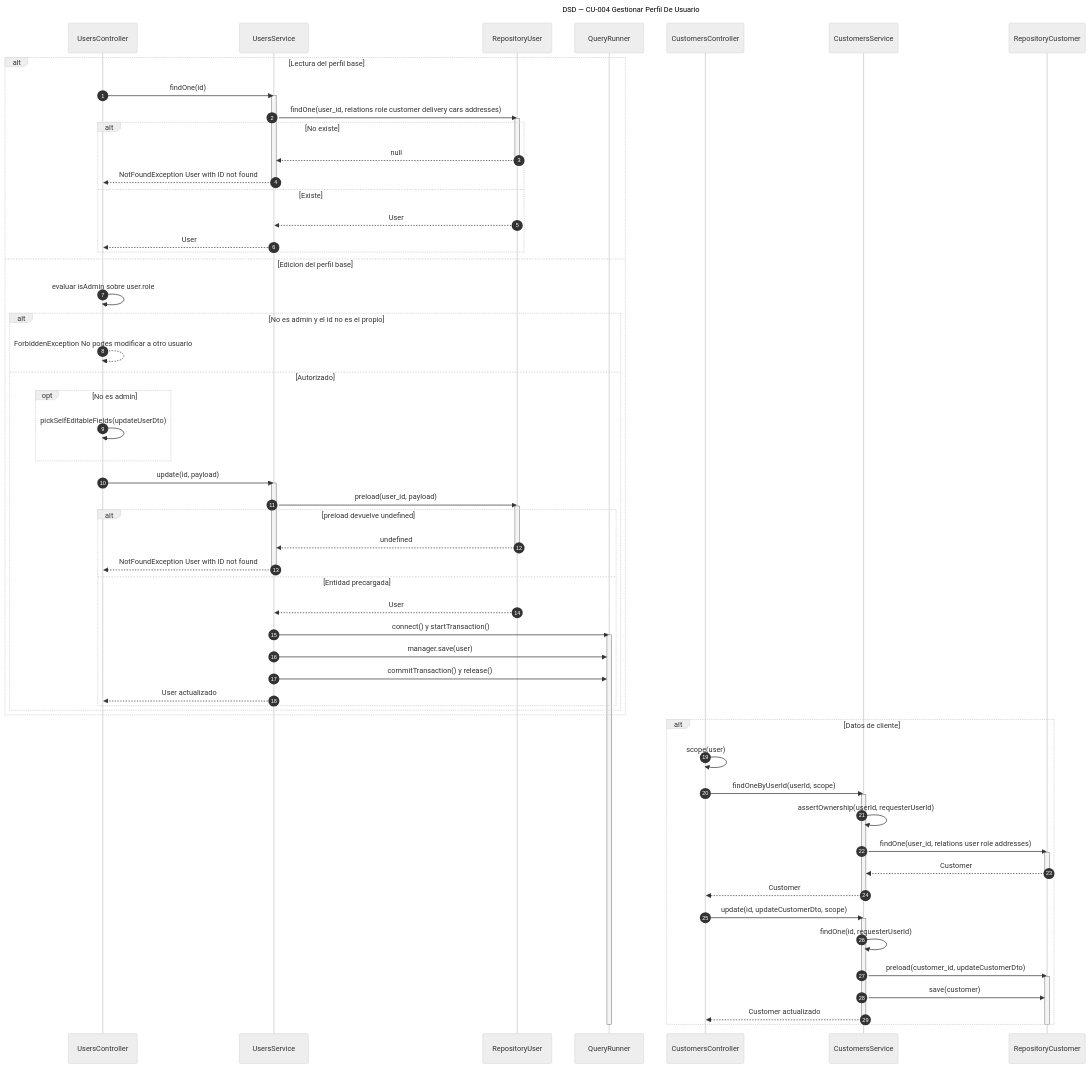
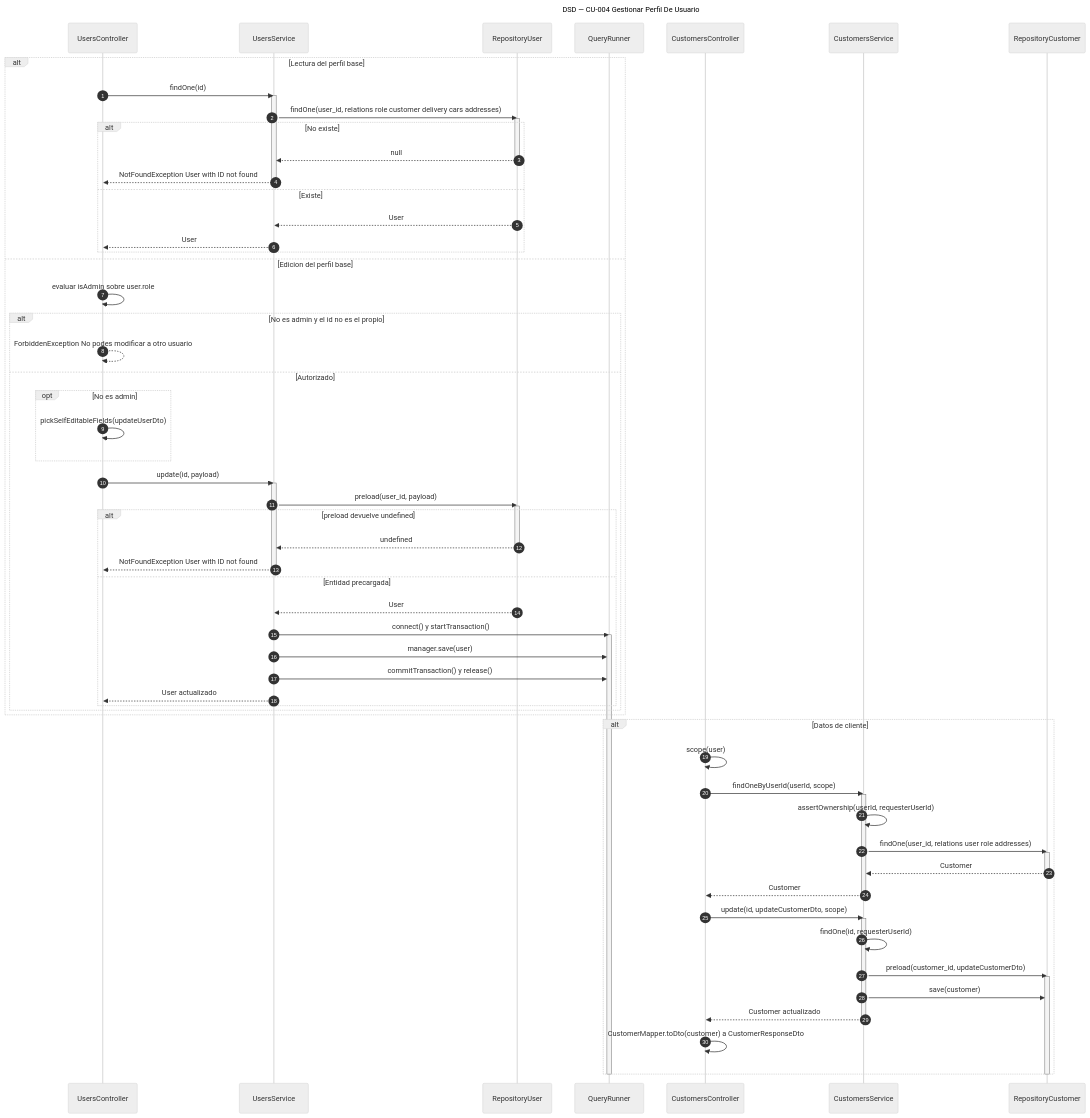
Before and after one commit to Nahuelito-Dev/splg-docs: the diagram in diagramas/DSD_CU-004_Gestionar-Perfil-De-Usuario.mmd, drawn with Mermaid (neutral theme). The commit also changed 6 other files, not shown here.

Commit message:
docs(dsd): clientes con CustomerResponseDto; hallazgos H-52 a H-55

```diff
--- a/diagramas/DSD_CU-004_Gestionar-Perfil-De-Usuario.mmd
+++ b/diagramas/DSD_CU-004_Gestionar-Perfil-De-Usuario.mmd
@@ -1,75 +1,76 @@
 sequenceDiagram
     title DSD — CU-004 Gestionar Perfil De Usuario
     autonumber
     participant UCTRL as UsersController
     participant USRV as UsersService
     participant UREP as RepositoryUser
     participant QR as QueryRunner
     participant CCTRL as CustomersController
     participant CSRV as CustomersService
     participant CREP as RepositoryCustomer
 
     alt Lectura del perfil base
         UCTRL->>USRV: findOne(id)
         activate USRV
         USRV->>UREP: findOne(user_id, relations role customer delivery cars addresses)
         activate UREP
         alt No existe
             UREP-->>USRV: null
             deactivate UREP
             USRV-->>UCTRL: NotFoundException User with ID not found
             deactivate USRV
         else Existe
             UREP-->>USRV: User
             USRV-->>UCTRL: User
         end
     else Edicion del perfil base
         UCTRL->>UCTRL: evaluar isAdmin sobre user.role
         alt No es admin y el id no es el propio
             UCTRL-->>UCTRL: ForbiddenException No podes modificar a otro usuario
         else Autorizado
             opt No es admin
                 UCTRL->>UCTRL: pickSelfEditableFields(updateUserDto)
             end
             UCTRL->>USRV: update(id, payload)
             activate USRV
             USRV->>UREP: preload(user_id, payload)
             activate UREP
             alt preload devuelve undefined
                 UREP-->>USRV: undefined
                 deactivate UREP
                 USRV-->>UCTRL: NotFoundException User with ID not found
                 deactivate USRV
             else Entidad precargada
                 UREP-->>USRV: User
                 USRV->>QR: connect() y startTransaction()
                 activate QR
                 USRV->>QR: manager.save(user)
                 USRV->>QR: commitTransaction() y release()
                 USRV-->>UCTRL: User actualizado
             end
         end
     end
 
     alt Datos de cliente
         CCTRL->>CCTRL: scope(user)
         CCTRL->>CSRV: findOneByUserId(userId, scope)
         activate CSRV
         CSRV->>CSRV: assertOwnership(userId, requesterUserId)
         CSRV->>CREP: findOne(user_id, relations user role addresses)
         activate CREP
         CREP-->>CSRV: Customer
         deactivate CREP
         CSRV-->>CCTRL: Customer
         deactivate CSRV
         CCTRL->>CSRV: update(id, updateCustomerDto, scope)
         activate CSRV
         CSRV->>CSRV: findOne(id, requesterUserId)
         CSRV->>CREP: preload(customer_id, updateCustomerDto)
         activate CREP
         CSRV->>CREP: save(customer)
         CSRV-->>CCTRL: Customer actualizado
         deactivate CSRV
+        CCTRL->>CCTRL: CustomerMapper.toDto(customer) a CustomerResponseDto
     end
     deactivate CREP
     deactivate QR
```
